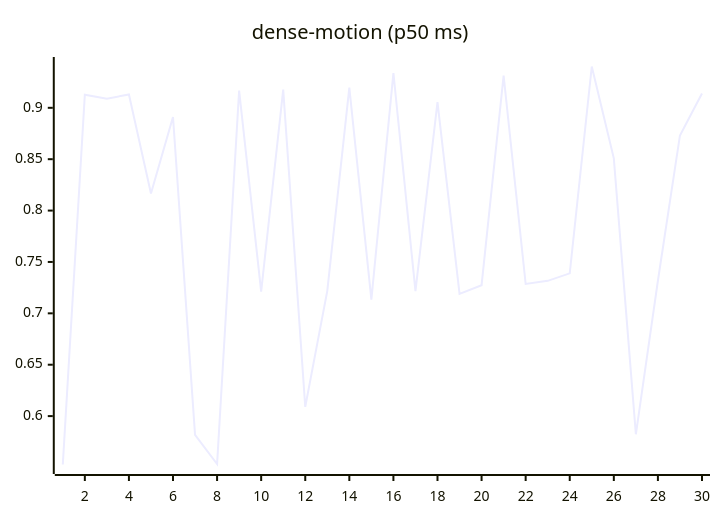
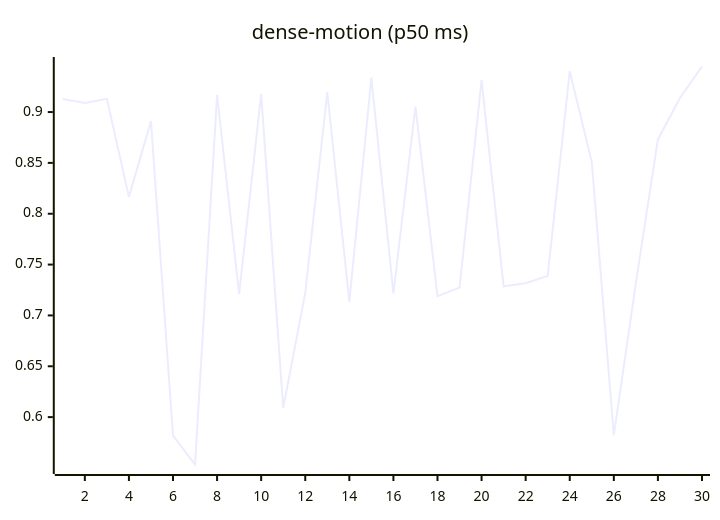
The ninth of 27 diagrams in README.md (josha/Facet), drawn with Mermaid before and after one commit. The commit also changed other lines of this file and 2 other files, not shown here.

````diff
--- a/README.md
+++ b/README.md
@@ -119,6 +119,6 @@
 ```mermaid
 xychart-beta
     title "dense-motion (p50 ms)"
     x-axis 1 --> 30
-    line [0.5529, 0.9128, 0.9089, 0.9130, 0.8166, 0.8911, 0.5818, 0.5534, 0.9168, 0.7211, 0.9177, 0.6090, 0.7219, 0.9196, 0.7134, 0.9338, 0.7216, 0.9055, 0.7190, 0.7274, 0.9314, 0.7286, 0.7316, 0.7389, 0.9402, 0.8508, 0.5823, 0.7317, 0.8731, 0.9139]
+    line [0.9128, 0.9089, 0.9130, 0.8166, 0.8911, 0.5818, 0.5534, 0.9168, 0.7211, 0.9177, 0.6090, 0.7219, 0.9196, 0.7134, 0.9338, 0.7216, 0.9055, 0.7190, 0.7274, 0.9314, 0.7286, 0.7316, 0.7389, 0.9402, 0.8508, 0.5823, 0.7317, 0.8731, 0.9139, 0.9448]
 ```
````
